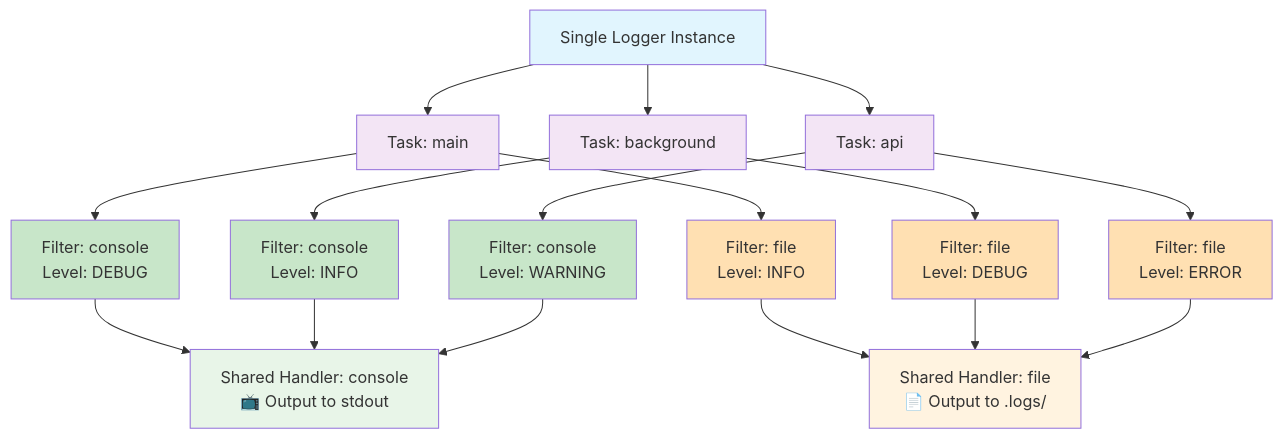
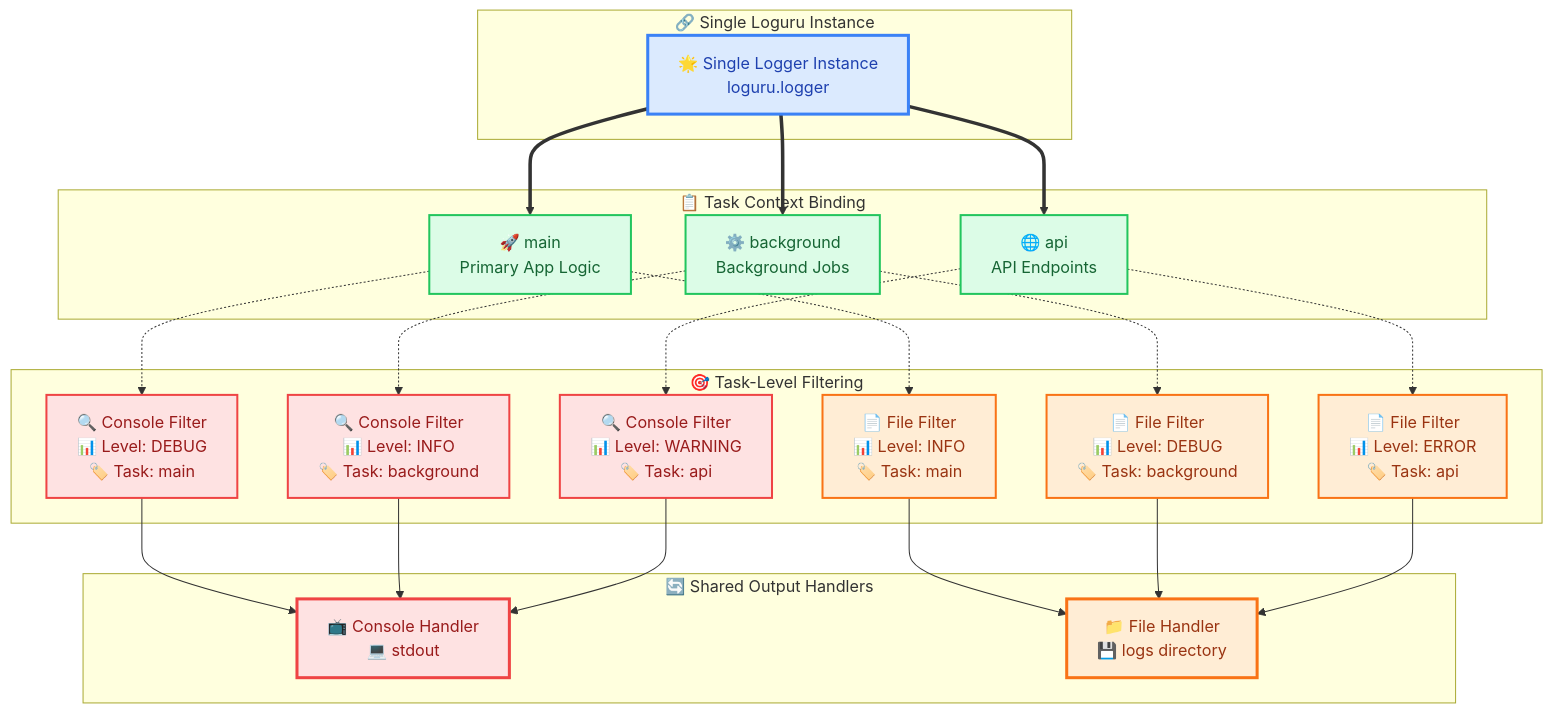
Before and after one commit to xiaodoushabing/utilities: the diagram in README.md, drawn with Mermaid. The commit also changed other lines of this file, not shown here.

````diff
--- a/README.md
+++ b/README.md
@@ -97,35 +94,57 @@
 ```mermaid
 graph TD
-    A[Single Logger Instance] --> B[Task: main]
-    A --> C[Task: background]
-    A --> D[Task: api]
+    subgraph L1 ["🔗 Single Loguru Instance"]
+        A["🌟 Single Logger Instance<br/>loguru.logger"]
+    end
     
-    B --> E[Filter: console<br/>Level: DEBUG]
-    B --> F[Filter: file<br/>Level: INFO]
+    subgraph L2 ["📋 Task Context Binding"]
+        B["🚀 main<br/>Primary App Logic"]
+        C["⚙️ background<br/>Background Jobs"]
+        D["🌐 api<br/>API Endpoints"]
+    end
     
-    C --> G[Filter: console<br/>Level: INFO]
-    C --> H[Filter: file<br/>Level: DEBUG]
+    subgraph L3 ["🎯 Task-Level Filtering"]
+        E["🔍 Console Filter<br/>📊 Level: DEBUG<br/>🏷️ Task: main"]
+        F["📄 File Filter<br/>📊 Level: INFO<br/>🏷️ Task: main"]
+        G["🔍 Console Filter<br/>📊 Level: INFO<br/>🏷️ Task: background"]
+        H["📄 File Filter<br/>📊 Level: DEBUG<br/>🏷️ Task: background"]
+        I["🔍 Console Filter<br/>📊 Level: WARNING<br/>🏷️ Task: api"]
+        J["📄 File Filter<br/>📊 Level: ERROR<br/>🏷️ Task: api"]
+    end
     
-    D --> I[Filter: console<br/>Level: WARNING]
-    D --> J[Filter: file<br/>Level: ERROR]
+    subgraph L4 ["🔄 Shared Output Handlers"]
+        K["📺 Console Handler<br/>💻 stdout"]
+        L["📁 File Handler<br/>💾 logs directory"]
+    end
     
-    E --> K[Shared Handler: console<br/>📺 Output to stdout]
-    F --> L[Shared Handler: file<br/>📄 Output to .logs/]
+    A ==> B
+    A ==> C
+    A ==> D
+    
+    B -.-> E
+    B -.-> F
+    C -.-> G
+    C -.-> H
+    D -.-> I
+    D -.-> J
+    
+    E --> K
+    F --> L
     G --> K
     H --> L
     I --> K
     J --> L
     
-    style A fill:#e1f5fe
-    style B fill:#f3e5f5
-    style C fill:#f3e5f5
-    style D fill:#f3e5f5
-    style E fill:#c8e6c9
-    style G fill:#c8e6c9
-    style I fill:#c8e6c9
-    style F fill:#ffe0b2
-    style H fill:#ffe0b2
-    style J fill:#ffe0b2
-    style K fill:#e8f5e8
-    style L fill:#fff3e0
+    style A fill:#dbeafe,stroke:#3b82f6,stroke-width:3px,color:#1e40af
+    style B fill:#dcfce7,stroke:#22c55e,stroke-width:2px,color:#166534
+    style C fill:#dcfce7,stroke:#22c55e,stroke-width:2px,color:#166534
+    style D fill:#dcfce7,stroke:#22c55e,stroke-width:2px,color:#166534
+    style E fill:#fee2e2,stroke:#ef4444,stroke-width:2px,color:#991b1b
+    style F fill:#ffedd5,stroke:#f97316,stroke-width:2px,color:#9a3412
+    style G fill:#fee2e2,stroke:#ef4444,stroke-width:2px,color:#991b1b
+    style H fill:#ffedd5,stroke:#f97316,stroke-width:2px,color:#9a3412
+    style I fill:#fee2e2,stroke:#ef4444,stroke-width:2px,color:#991b1b
+    style J fill:#ffedd5,stroke:#f97316,stroke-width:2px,color:#9a3412
+    style K fill:#fee2e2,stroke:#ef4444,stroke-width:3px,color:#991b1b
+    style L fill:#ffedd5,stroke:#f97316,stroke-width:3px,color:#9a3412
 ```
````
